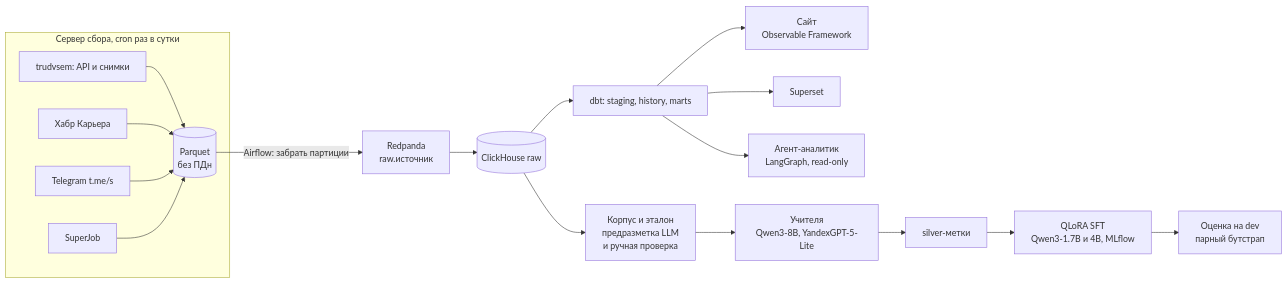
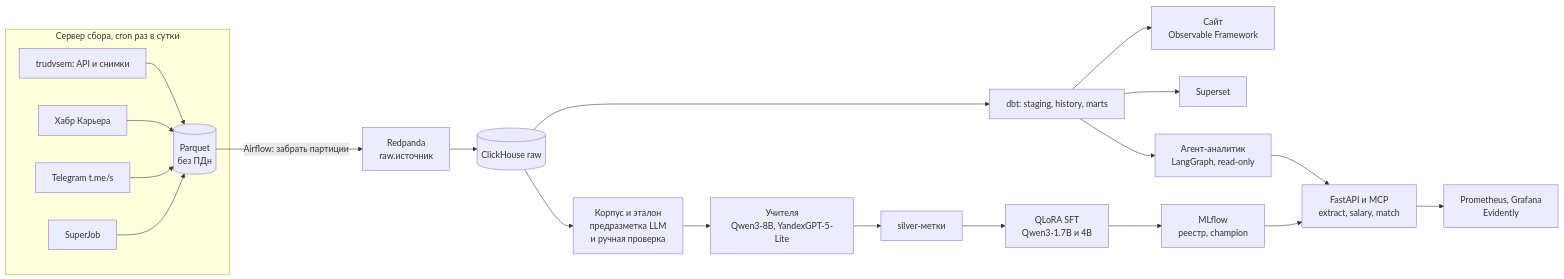
The diagram in README.md (alekseevpavel04/ru-it-jobs-radar), drawn with Mermaid before and after one commit. The commit also changed other lines of this file and 1 other file, not shown here.

````diff
--- a/README.md
+++ b/README.md
@@ -87,20 +173,23 @@
 ```mermaid
 flowchart LR
     subgraph server["Сервер сбора, cron раз в сутки"]
         S1["trudvsem: API и снимки"] --> PQ[("Parquet<br/>без ПДн")]
         S2["Хабр Карьера"] --> PQ
         S3["Telegram t.me/s"] --> PQ
         S4["SuperJob"] --> PQ
     end
     PQ -->|"Airflow: забрать партиции"| RP["Redpanda<br/>raw.источник"]
     RP --> CH[("ClickHouse raw")]
     CH --> DBT["dbt: staging, history, marts"]
     DBT --> SITE["Сайт<br/>Observable Framework"]
     DBT --> SUP["Superset"]
     DBT --> AG["Агент-аналитик<br/>LangGraph, read-only"]
     CH --> CORP["Корпус и эталон<br/>предразметка LLM<br/>и ручная проверка"]
     CORP --> TCH["Учителя<br/>Qwen3-8B, YandexGPT-5-Lite"]
     TCH --> SIL["silver-метки"]
-    SIL --> SFT["QLoRA SFT<br/>Qwen3-1.7B и 4B, MLflow"]
-    SFT --> EV["Оценка на dev<br/>парный бутстрап"]
+    SIL --> SFT["QLoRA SFT<br/>Qwen3-1.7B и 4B"]
+    SFT --> REG["MLflow<br/>реестр, champion"]
+    REG --> API["FastAPI и MCP<br/>extract, salary, match"]
+    AG --> API
+    API --> MON["Prometheus, Grafana<br/>Evidently"]
 ```
````
